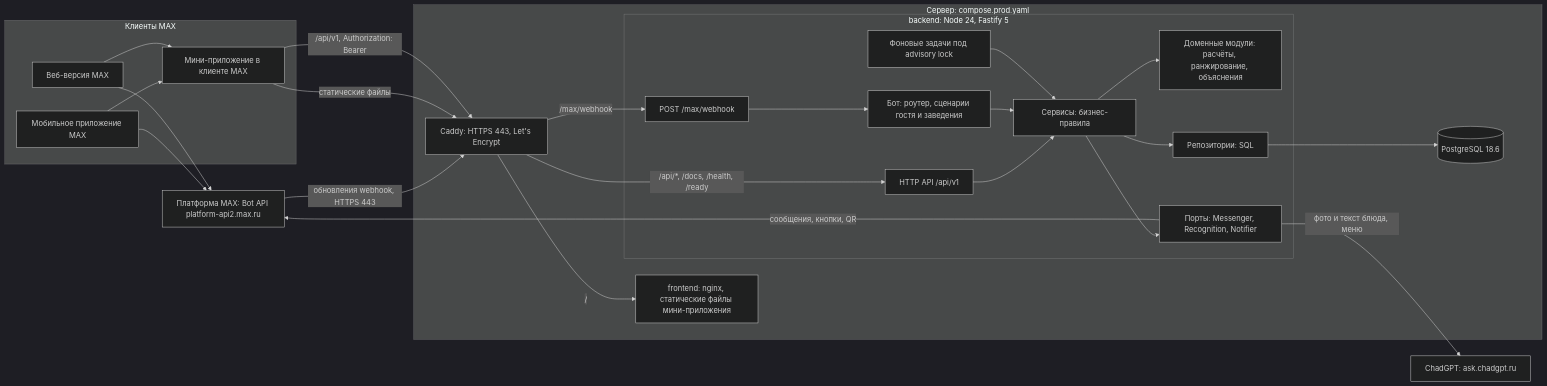
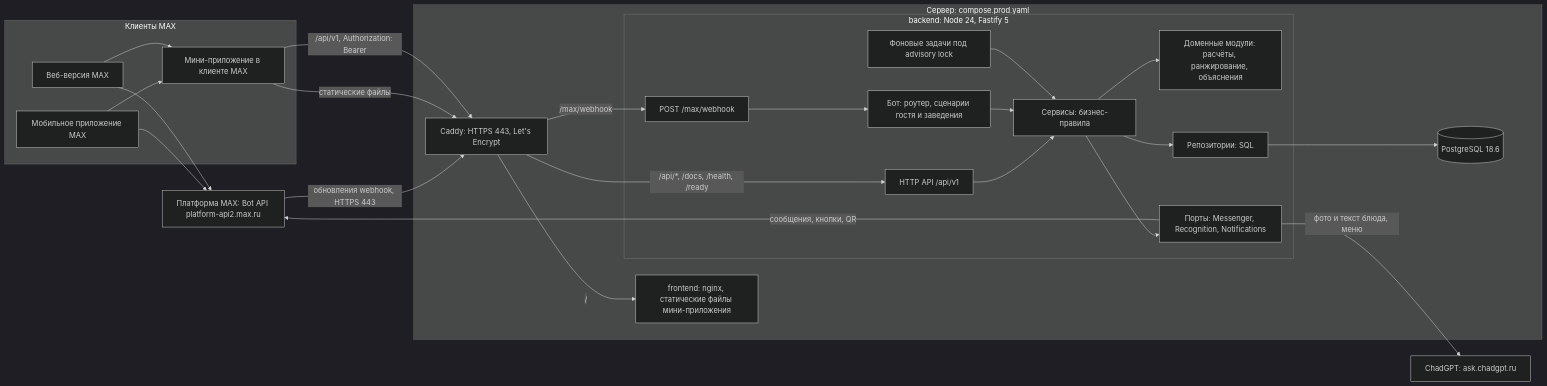
The first of 6 diagrams in docs/architecture.md (blsssss/PPshkin), drawn with Mermaid (dark theme) before and after one commit. The commit also changed other lines of this file and 291 other files, not shown here.

````diff
--- a/docs/architecture.md
+++ b/docs/architecture.md
@@ -9,46 +9,46 @@
 ```mermaid
 flowchart LR
   subgraph clients["Клиенты MAX"]
     mobile["Мобильное приложение MAX"]
     webClient["Веб-версия MAX"]
     miniApp["Мини-приложение в клиенте MAX"]
   end
   platform["Платформа MAX: Bot API platform-api2.max.ru"]
   subgraph server["Сервер: compose.prod.yaml"]
     caddy["Caddy: HTTPS 443, Let's Encrypt"]
     frontend["frontend: nginx, статические файлы мини-приложения"]
     subgraph backend["backend: Node 24, Fastify 5"]
       webhook["POST /max/webhook"]
       api["HTTP API /api/v1"]
       bot["Бот: роутер, сценарии гостя и заведения"]
       jobs["Фоновые задачи под advisory lock"]
       services["Сервисы: бизнес-правила"]
       domain["Доменные модули: расчёты, ранжирование, объяснения"]
       repos["Репозитории: SQL"]
-      ports["Порты: Messenger, Recognition, Notifier"]
+      ports["Порты: Messenger, Recognition, Notifications"]
     end
     db[("PostgreSQL 18.6")]
   end
   chadgpt["ChadGPT: ask.chadgpt.ru"]
 
   mobile --> platform
   webClient --> platform
   mobile --> miniApp
   webClient --> miniApp
   platform -- "обновления webhook, HTTPS 443" --> caddy
   miniApp -- "статические файлы" --> caddy
   miniApp -- "/api/v1, Authorization: Bearer" --> caddy
   caddy -- "/" --> frontend
   caddy -- "/api/*, /docs, /health, /ready" --> api
   caddy -- "/max/webhook" --> webhook
   webhook --> bot
   api --> services
   bot --> services
   jobs --> services
   services --> domain
   services --> repos
   repos --> db
   services --> ports
   ports -- "сообщения, кнопки, QR" --> platform
   ports -- "фото и текст блюда, меню" --> chadgpt
 ```
````
